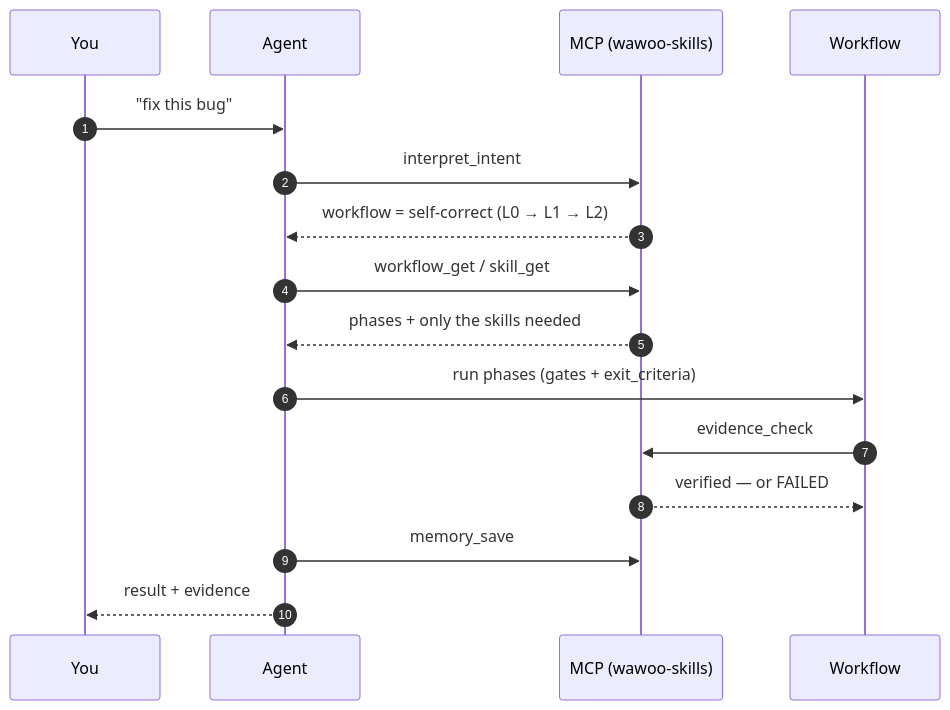
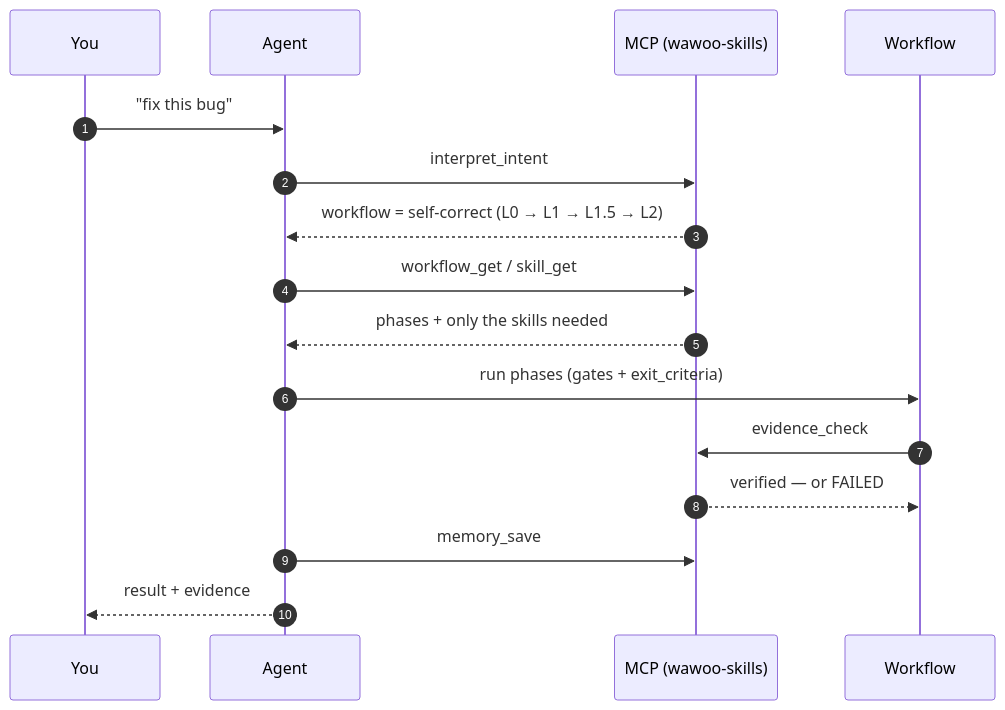
Before and after one commit to parkwoo/wawoo-agent-skills: the diagram in README.md, drawn with Mermaid. The commit also changed 3 other files, not shown here.

Commit message:
docs: add the How-it-works sequence diagram to JA/KO/ZH (and fix the L1.5 label in EN)

````diff
--- a/README.md
+++ b/README.md
@@ -80,18 +80,18 @@
 ```mermaid
 sequenceDiagram
     autonumber
     participant U as You
     participant A as Agent
     participant M as MCP (wawoo-skills)
     participant W as Workflow
     U->>A: "fix this bug"
     A->>M: interpret_intent
-    M-->>A: workflow = self-correct  (L0 → L1 → L2)
+    M-->>A: workflow = self-correct  (L0 → L1 → L1.5 → L2)
     A->>M: workflow_get / skill_get
     M-->>A: phases + only the skills needed
     A->>W: run phases (gates + exit_criteria)
     W->>M: evidence_check
     M-->>W: verified — or FAILED
     A->>M: memory_save
     A-->>U: result + evidence
 ```
````
